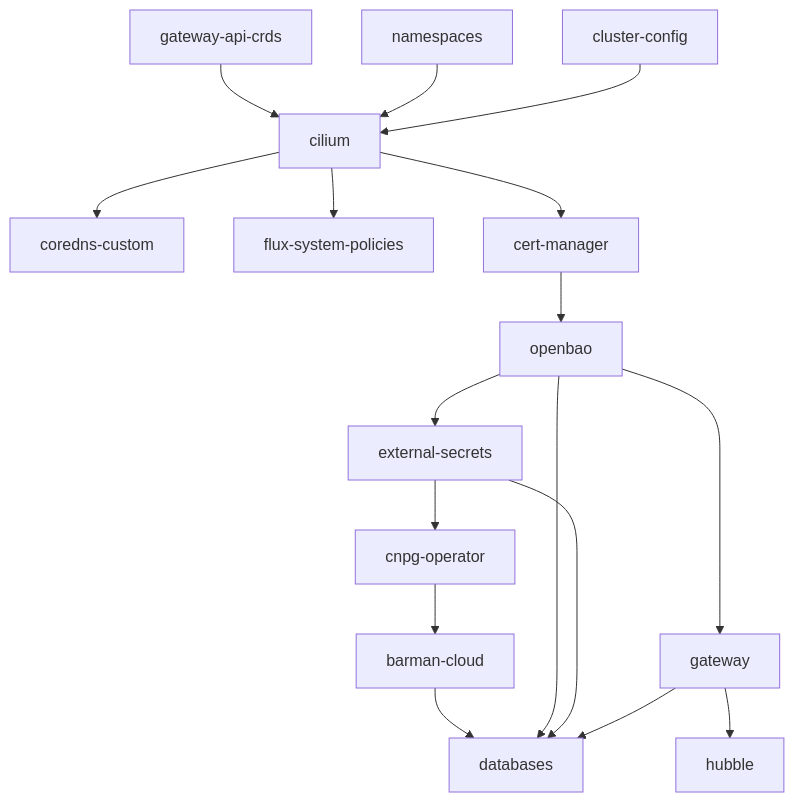
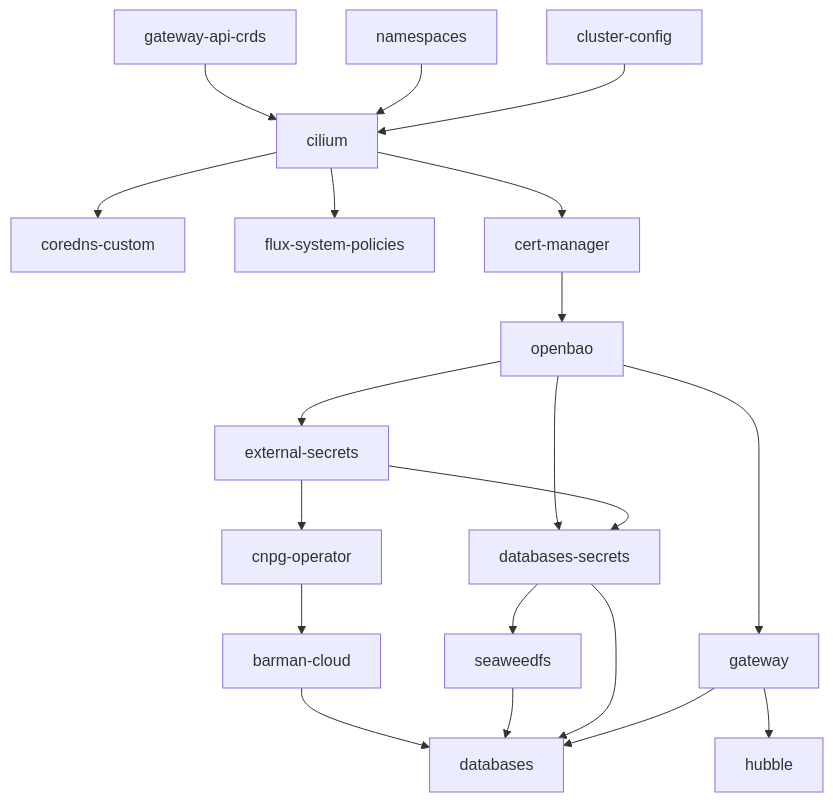
One commit to DragonBishop/data_science_cluster changed the diagram in INSTALLATION.md. Above: the diagram before and after it, drawn with Mermaid. The commit also changed other lines of this file and 8 other files, not shown here.

````diff
--- a/INSTALLATION.md
+++ b/INSTALLATION.md
@@ -328,27 +328,30 @@
 ```mermaid
 flowchart TD
     %% Base Foundations
     crds["gateway-api-crds"] --> cilium["cilium"]
     ns["namespaces"] --> cilium
     cc["cluster-config"] --> cilium
 
     %% Core Services & PKI
     cilium --> coredns["coredns-custom"]
     cilium --> fluxpolicies["flux-system-policies"]
     cilium --> certmgr["cert-manager"]
     certmgr --> openbao["openbao"]
 
     %% Platform Services
     openbao --> eso["external-secrets"]
     eso --> cnpg["cnpg-operator"]
     cnpg --> barman["barman-cloud"]
 
     openbao --> gw["gateway"]
     gw --> hubble["hubble"]
 
     %% Applications
+    openbao --> dbsecrets["databases-secrets"]
+    eso --> dbsecrets
+    dbsecrets --> seaweedfs["seaweedfs"]
     barman --> db["databases"]
-    openbao --> db
-    eso --> db
+    seaweedfs --> db
+    dbsecrets --> db
     gw --> db
 ```
````
